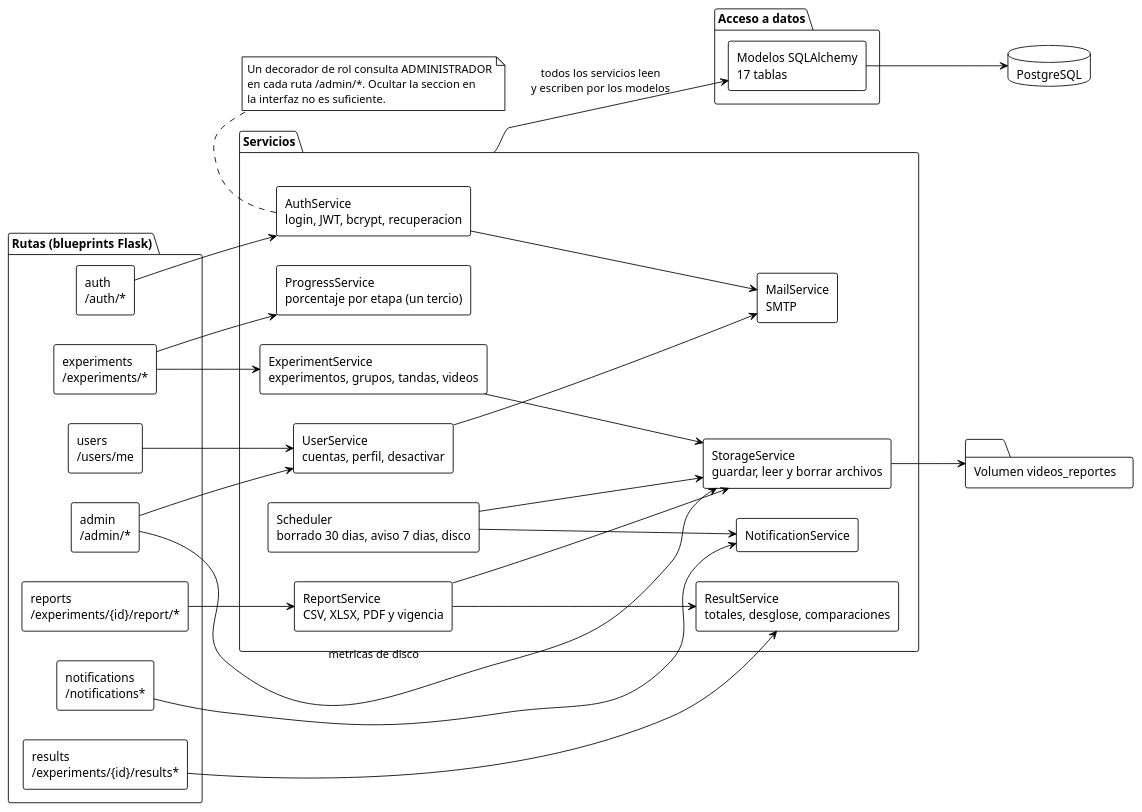
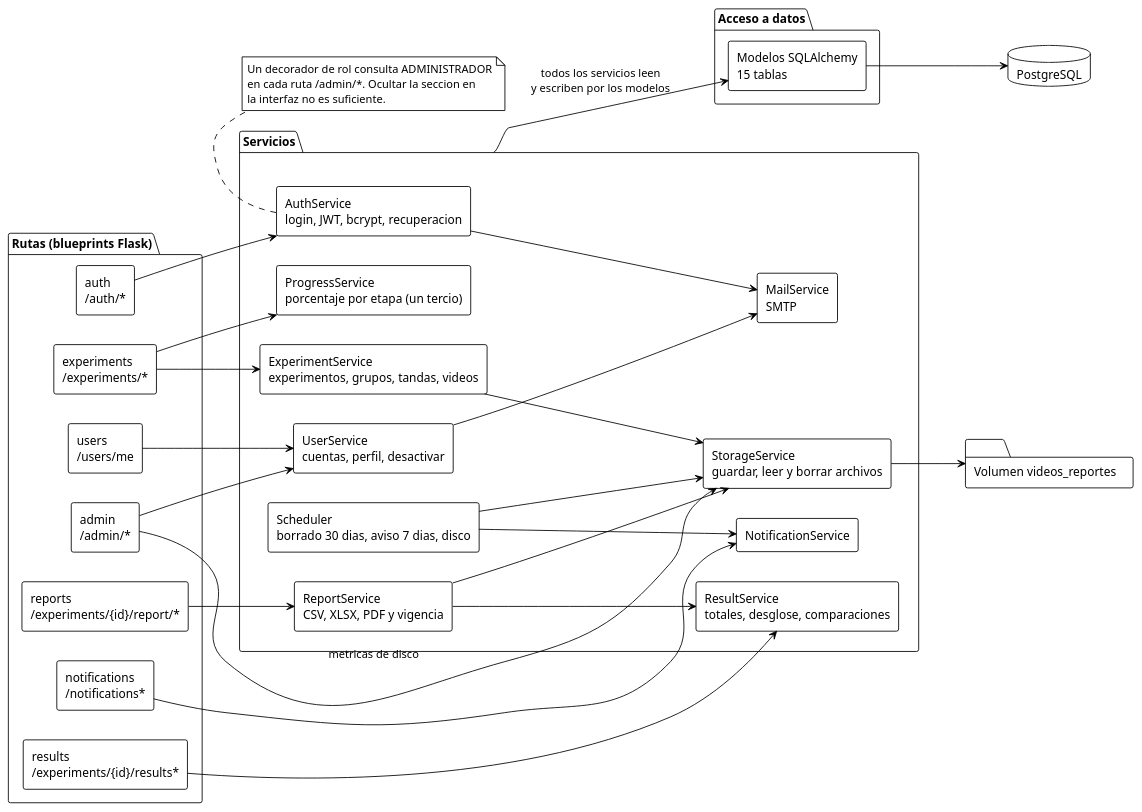
Diagram 11 of 38 in INSTRUCCIONES-WEB.md (ErickJester/fst-ai-system-latex), drawn with PlantUML before and after one commit. The commit also changed other lines of this file and 18 other files, not shown here.

````diff
--- a/INSTRUCCIONES-WEB.md
+++ b/INSTRUCCIONES-WEB.md
@@ -1083,67 +1076,67 @@
 ```plantuml
 @startuml modulos_backend
 !theme plain
 skinparam defaultFontName Arial
 skinparam shadowing false
 skinparam componentStyle rectangle
 left to right direction
 
 package "Rutas (blueprints Flask)" {
   [auth\n/auth/*] as r_auth
   [users\n/users/me] as r_users
   [admin\n/admin/*] as r_admin
   [experiments\n/experiments/*] as r_exp
   [results\n/experiments/{id}/results*] as r_res
   [reports\n/experiments/{id}/report/*] as r_rep
   [notifications\n/notifications*] as r_not
 }
 
 package "Servicios" as SERV {
   [AuthService\nlogin, JWT, bcrypt, recuperacion] as s_auth
   [UserService\ncuentas, perfil, desactivar] as s_user
   [ExperimentService\nexperimentos, grupos, tandas, videos] as s_exp
   [StorageService\nguardar, leer y borrar archivos] as s_sto
   [ProgressService\nporcentaje por etapa (un tercio)] as s_prog
   [ResultService\ntotales, desglose, comparaciones] as s_res
   [ReportService\nCSV, XLSX, PDF y vigencia] as s_rep
   [NotificationService] as s_not
   [MailService\nSMTP] as s_mail
   [Scheduler\nborrado 30 dias, aviso 7 dias, disco] as s_sch
 }
 
 package "Acceso a datos" {
-  [Modelos SQLAlchemy\n17 tablas] as m
+  [Modelos SQLAlchemy\n15 tablas] as m
 }
 
 database "PostgreSQL" as db
 folder "Volumen videos_reportes" as fs
 
 r_auth --> s_auth
 r_users --> s_user
 r_admin --> s_user
 r_admin --> s_sto : metricas de disco
 r_exp --> s_exp
 r_exp --> s_prog
 r_res --> s_res
 r_rep --> s_rep
 r_not --> s_not
 
 s_auth --> s_mail
 s_user --> s_mail
 s_exp --> s_sto
 s_rep --> s_res
 s_rep --> s_sto
 s_sch --> s_sto
 s_sch --> s_not
 
 SERV --> m : "todos los servicios leen\ny escriben por los modelos"
 m --> db
 s_sto --> fs
 
 note bottom of s_auth
   Un decorador de rol consulta ADMINISTRADOR
   en cada ruta /admin/*. Ocultar la seccion en
   la interfaz no es suficiente.
 end note
 @enduml
 ```
````
